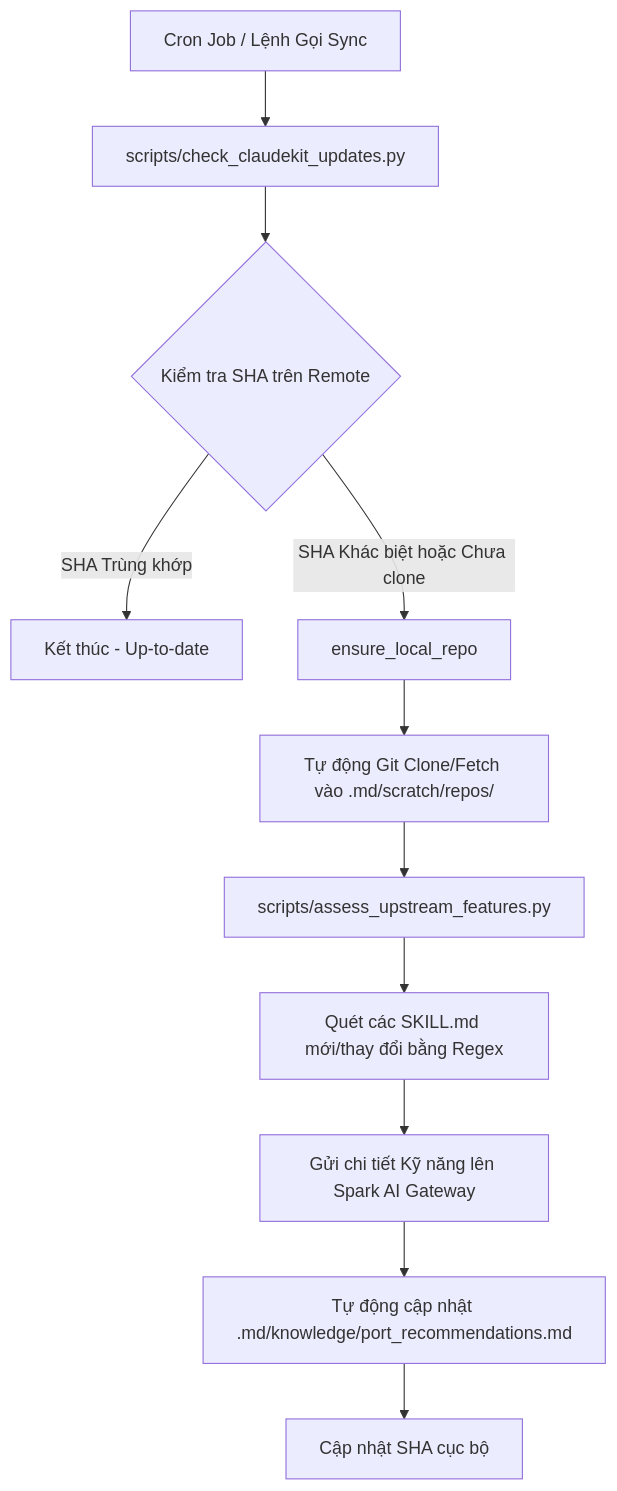
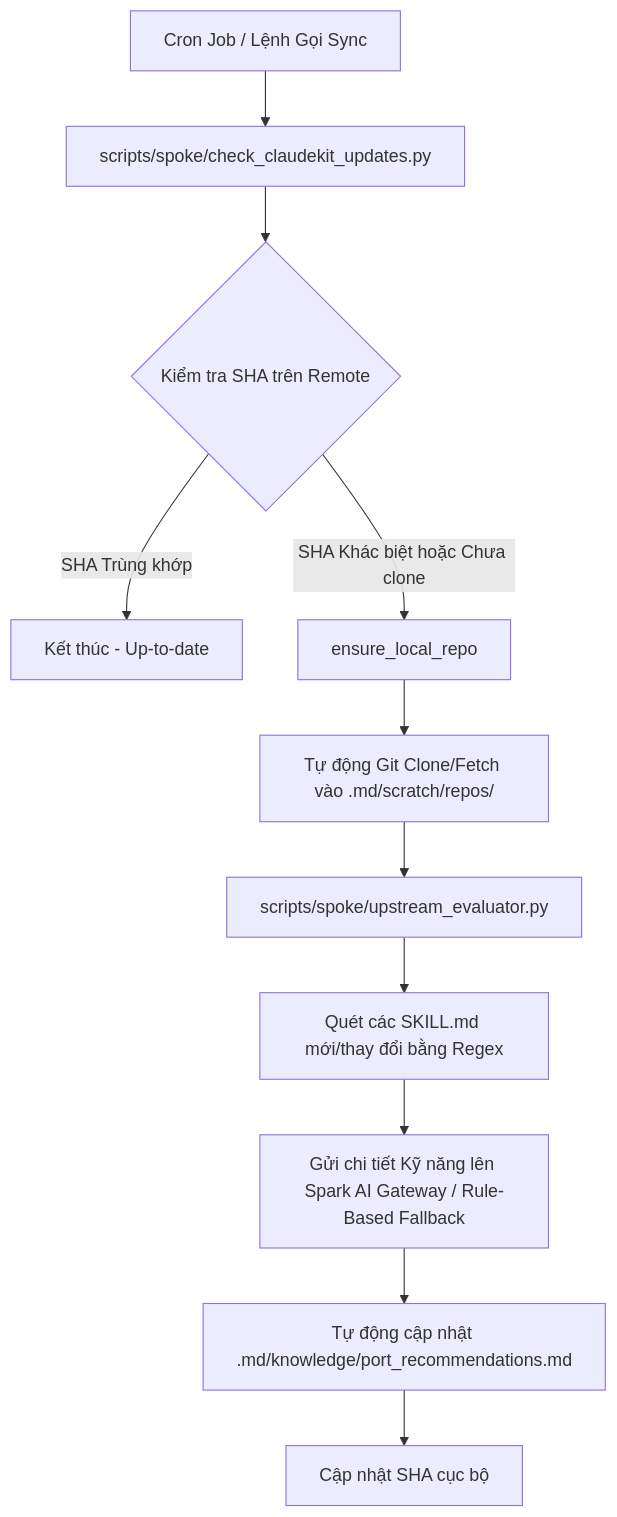
The diagram in .md/knowledge/research_and_studies/claudekit_mattpocock_skills_reference.md (vvChu/ccba-agent-platform), drawn with Mermaid before and after one commit. The commit also changed 69 other files, not shown here.

First line of the commit message:
refactor(architecture): consolidate Deep Modules and CLI infrastructure (#183)

````diff
--- a/.md/knowledge/research_and_studies/claudekit_mattpocock_skills_reference.md
+++ b/.md/knowledge/research_and_studies/claudekit_mattpocock_skills_reference.md
@@ -82,13 +82,13 @@
 ```mermaid
 graph TD
-    A[Cron Job / Lệnh Gọi Sync] --> B[scripts/check_claudekit_updates.py]
+    A[Cron Job / Lệnh Gọi Sync] --> B[scripts/spoke/check_claudekit_updates.py]
     B --> C{Kiểm tra SHA trên Remote}
     C -->|SHA Trùng khớp| D[Kết thúc - Up-to-date]
     C -->|SHA Khác biệt hoặc Chưa clone| E[ensure_local_repo]
     E --> F[Tự động Git Clone/Fetch vào .md/scratch/repos/]
-    F --> G[scripts/assess_upstream_features.py]
+    F --> G[scripts/spoke/upstream_evaluator.py]
     G --> H[Quét các SKILL.md mới/thay đổi bằng Regex]
-    H --> I[Gửi chi tiết Kỹ năng lên Spark AI Gateway]
+    H --> I[Gửi chi tiết Kỹ năng lên Spark AI Gateway / Rule-Based Fallback]
     I --> J[Tự động cập nhật .md/knowledge/port_recommendations.md]
     J --> K[Cập nhật SHA cục bộ]
 ```
````
